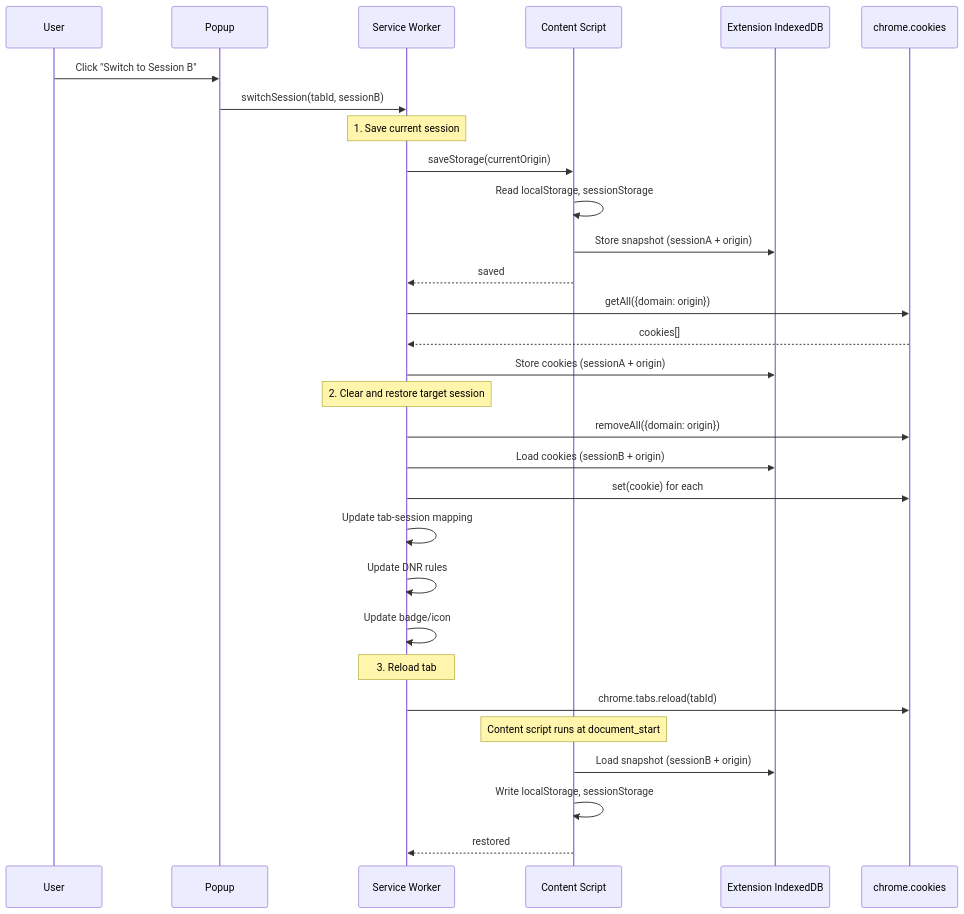
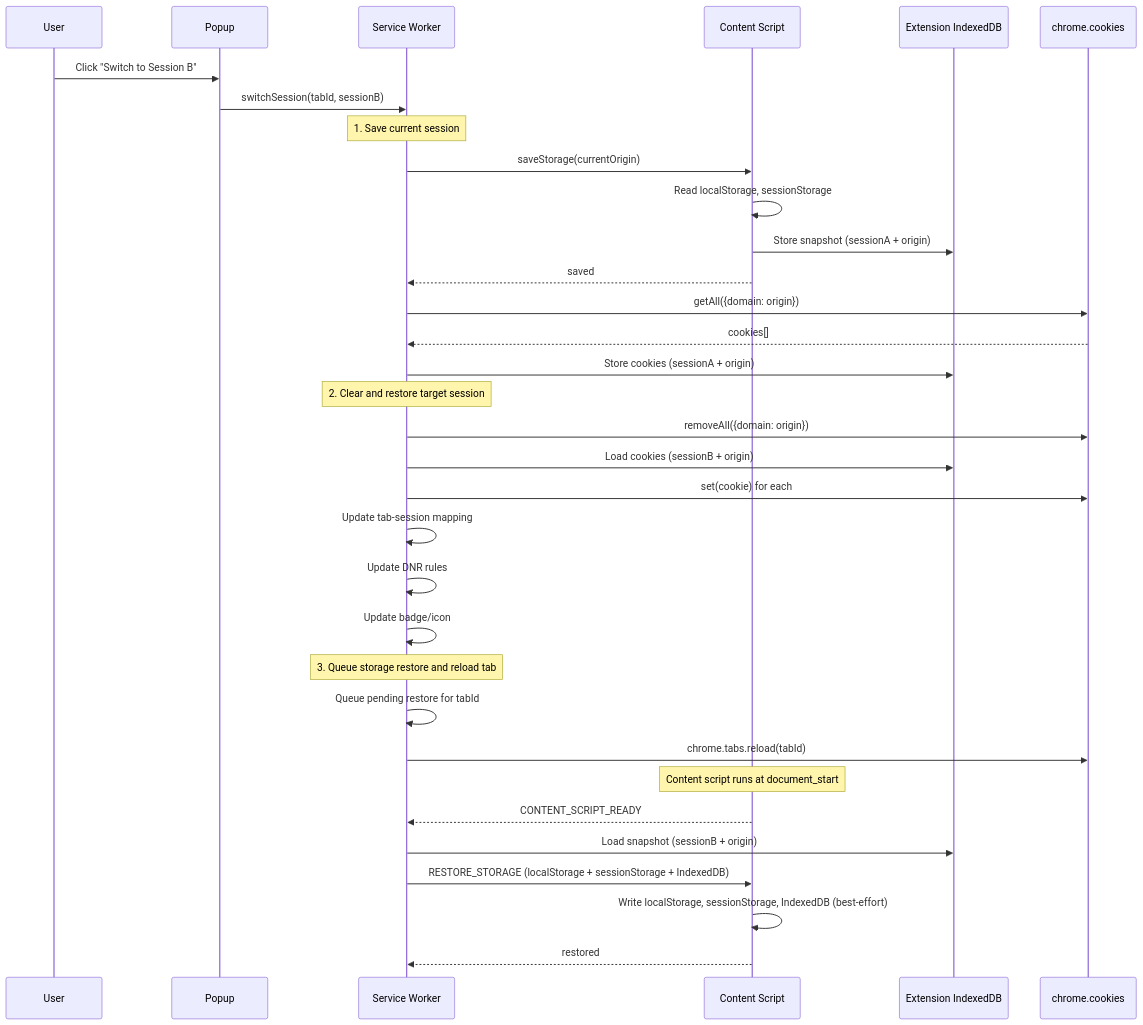
One commit to msaidbilgehan/unaware-sessions-browser-extension changed the second of 3 diagrams in Docs/2-Product-Specifications.md. Above: the diagram before and after it, drawn with Mermaid. The commit also changed 3 other files, not shown here.

````diff
--- a/Docs/2-Product-Specifications.md
+++ b/Docs/2-Product-Specifications.md
@@ -158,39 +158,42 @@
 ```mermaid
 sequenceDiagram
     participant U as User
     participant P as Popup
     participant SW as Service Worker
     participant CS as Content Script
     participant DB as Extension IndexedDB
     participant API as chrome.cookies
 
     U->>P: Click "Switch to Session B"
     P->>SW: switchSession(tabId, sessionB)
     
     Note over SW: 1. Save current session
     SW->>CS: saveStorage(currentOrigin)
     CS->>CS: Read localStorage, sessionStorage
     CS->>DB: Store snapshot (sessionA + origin)
     CS-->>SW: saved
     
     SW->>API: getAll({domain: origin})
     API-->>SW: cookies[]
     SW->>DB: Store cookies (sessionA + origin)
     
     Note over SW: 2. Clear and restore target session
     SW->>API: removeAll({domain: origin})
     SW->>DB: Load cookies (sessionB + origin)
     SW->>API: set(cookie) for each
     
     SW->>SW: Update tab-session mapping
     SW->>SW: Update DNR rules
     SW->>SW: Update badge/icon
     
-    Note over SW: 3. Reload tab
+    Note over SW: 3. Queue storage restore and reload tab
+    SW->>SW: Queue pending restore for tabId
     SW->>API: chrome.tabs.reload(tabId)
     
     Note over CS: Content script runs at document_start
-    CS->>DB: Load snapshot (sessionB + origin)
-    CS->>CS: Write localStorage, sessionStorage
+    CS-->>SW: CONTENT_SCRIPT_READY
+    SW->>DB: Load snapshot (sessionB + origin)
+    SW->>CS: RESTORE_STORAGE (localStorage + sessionStorage + IndexedDB)
+    CS->>CS: Write localStorage, sessionStorage, IndexedDB (best-effort)
     CS-->>SW: restored
 ```
````
